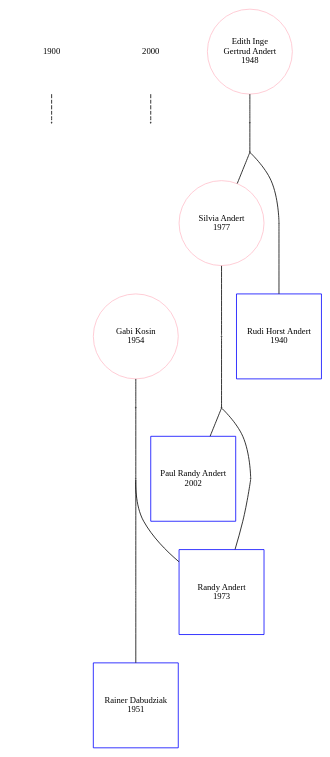
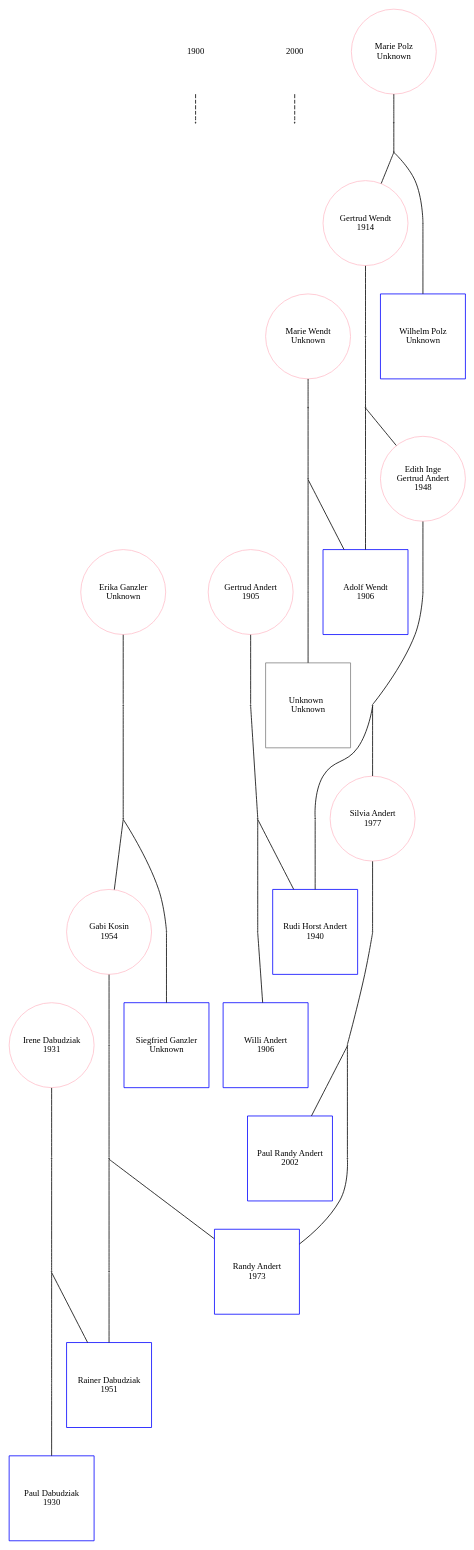
Before and after one commit to PaulAndert/Person: the diagram in person/data.dot, drawn with Graphviz. The commit also changed 7 other files, not shown here.

Commit message:
addet db shema, seperated the graph code in own file and implemented unknown persons in graph

```diff
--- a/person/data.dot
+++ b/person/data.dot
@@ -1,54 +1,139 @@
 digraph P {
     edge [dir=forward, arrowhead=none];
     node [fontsize=11, fixedsize=true, height=1.5, width=1.5];
-    y1900 [shape=none, label="1900", pos="-15,0!"];
-    y2000 [shape=none, label="2000", pos="-15,-12.5!"];
-    y0 [shape=circle,label="",height=0.01,width=0.01, pos="15,0!"];
-    y1 [shape=circle,label="",height=0.01,width=0.01, pos="15,-12.5!"];
+    y1900 [shape=none, label="1900", pos="-20,-5!"];
+    y2000 [shape=none, label="2000", pos="-20,-15!"];
+    y0 [shape=circle,label="",height=0.01,width=0.01, pos="20,-5!"];
+    y1 [shape=circle,label="",height=0.01,width=0.01, pos="20,-15!"];
     y1900 -> y0 [style=dashed] ; y2000 -> y1 [style=dashed]
 
-x0y_12_75 [shape=square, color="blue",label="Paul Randy Andert
-2002", pos="0,-12.75!"];
+x0y_15_1520 [shape=square, color="blue",label="Paul Randy Andert
+2002", pos="0,-15.2!"];
 
-x_2y_9_62 [shape=circle, color="pink",label="Silvia Andert
-1977", pos="-2,-9.625!"];
+x_8y_12_1270 [shape=circle, color="pink",label="Silvia Andert
+1977", pos="-8,-12.7!"];
 
-x2y_9_12 [shape=square, color="blue",label="Randy Andert
-1973", pos="2,-9.125!"];
-x_2y_11_18 [shape=circle,label="",height=0.01,width=0.01, pos="-2,-11.1875!"];
-x0y_11_18 [shape=circle,label="",height=0.01,width=0.01, pos="0,-11.1875!"];
-x2y_11_18 [shape=circle,label="",height=0.01,width=0.01, pos="2,-11.1875!"];
+x8y_12_1230 [shape=square, color="blue",label="Randy Andert
+1973", pos="8,-12.3!"];
+x_8y_13_1395 [shape=circle,label="",height=0.01,width=0.01, pos="-8,-13.95!"];
+x0y_13_1395 [shape=circle,label="",height=0.01,width=0.01, pos="0,-13.95!"];
+x8y_13_1395 [shape=circle,label="",height=0.01,width=0.01, pos="8,-13.95!"];
 
-x_2y_9_62 -> x_2y_11_18 -> x0y_11_18 -> x2y_11_18 -> x2y_9_12 ; x0y_11_18 -> x0y_12_75
-x_2y_9_62 [shape=circle, color="pink",label="Silvia Andert
-1977", pos="-2,-9.625!"];
+x_8y_12_1270 -> x_8y_13_1395 -> x0y_13_1395 -> x8y_13_1395 -> x8y_12_1230 ; x0y_13_1395 -> x0y_15_1520
+x_8y_12_1270 [shape=circle, color="pink",label="Silvia Andert
+1977", pos="-8,-12.7!"];
 
-x_3y_6_0 [shape=circle, color="pink",label="Edith Inge
+x_12y_9_980 [shape=circle, color="pink",label="Edith Inge
 Gertrud Andert 
-1948", pos="-3,-6!"];
+1948", pos="-12,-9.8!"];
 
-x_1y_5_0 [shape=square, color="blue",label="Rudi Horst Andert
-1940", pos="-1,-5!"];
-x_3y_7_81 [shape=circle,label="",height=0.01,width=0.01, pos="-3,-7.8125!"];
-x_2y_7_81 [shape=circle,label="",height=0.01,width=0.01, pos="-2,-7.8125!"];
-x_1y_7_81 [shape=circle,label="",height=0.01,width=0.01, pos="-1,-7.8125!"];
+x_4y_9_900 [shape=square, color="blue",label="Rudi Horst Andert
+1940", pos="-4,-9!"];
+x_12y_11_1125 [shape=circle,label="",height=0.01,width=0.01, pos="-12,-11.25!"];
+x_8y_11_1125 [shape=circle,label="",height=0.01,width=0.01, pos="-8,-11.25!"];
+x_4y_11_1125 [shape=circle,label="",height=0.01,width=0.01, pos="-4,-11.25!"];
 
-x_3y_6_0 -> x_3y_7_81 -> x_2y_7_81 -> x_1y_7_81 -> x_1y_5_0 ; x_2y_7_81 -> x_2y_9_62
+x_12y_9_980 -> x_12y_11_1125 -> x_8y_11_1125 -> x_4y_11_1125 -> x_4y_9_900 ; x_8y_11_1125 -> x_8y_12_1270
+x_12y_9_980 [shape=circle, color="pink",label="Edith Inge
+Gertrud Andert 
+1948", pos="-12,-9.8!"];
+
+x_14y_6_639 [shape=circle, color="pink",label="Gertrud Wendt
+1914", pos="-14,-6.3999996!"];
+
+x_10y_5_560 [shape=square, color="blue",label="Adolf Wendt
+1906", pos="-10,-5.6!"];
+x_14y_8_810 [shape=circle,label="",height=0.01,width=0.01, pos="-14,-8.1!"];
+x_12y_8_810 [shape=circle,label="",height=0.01,width=0.01, pos="-12,-8.1!"];
+x_10y_8_810 [shape=circle,label="",height=0.01,width=0.01, pos="-10,-8.1!"];
+
+x_14y_6_639 -> x_14y_8_810 -> x_12y_8_810 -> x_10y_8_810 -> x_10y_5_560 ; x_12y_8_810 -> x_12y_9_980
+x_14y_6_639 [shape=circle, color="pink",label="Gertrud Wendt
+1914", pos="-14,-6.3999996!"];
+
+x_15y_3_340 [shape=circle, color="pink",label="Marie Polz
+Unknown", pos="-15,-3.4!"];
+
+x_13y_3_340 [shape=square, color="blue",label="Wilhelm Polz
+Unknown", pos="-13,-3.4!"];
+x_15y_4_489 [shape=circle,label="",height=0.01,width=0.01, pos="-15,-4.8999996!"];
+x_14y_4_489 [shape=circle,label="",height=0.01,width=0.01, pos="-14,-4.8999996!"];
+x_13y_4_489 [shape=circle,label="",height=0.01,width=0.01, pos="-13,-4.8999996!"];
+
+x_15y_3_340 -> x_15y_4_489 -> x_14y_4_489 -> x_13y_4_489 -> x_13y_3_340 ; x_14y_4_489 -> x_14y_6_639
 
 
-x2y_9_12 [shape=square, color="blue",label="Randy Andert
-1973", pos="2,-9.125!"];
+x_10y_5_560 [shape=square, color="blue",label="Adolf Wendt
+1906", pos="-10,-5.6!"];
 
-x1y_6_75 [shape=circle, color="pink",label="Gabi Kosin
-1954", pos="1,-6.75!"];
+x_11y_2_260 [shape=circle, color="pink",label="Marie Wendt
+Unknown", pos="-11,-2.6!"];
 
-x3y_6_37 [shape=square, color="blue",label="Rainer Dabudziak
-1951", pos="3,-6.375!"];
-x1y_7_93 [shape=circle,label="",height=0.01,width=0.01, pos="1,-7.9375!"];
-x2y_7_93 [shape=circle,label="",height=0.01,width=0.01, pos="2,-7.9375!"];
-x3y_7_93 [shape=circle,label="",height=0.01,width=0.01, pos="3,-7.9375!"];
+x_9y_2_260 [shape=square, color="grey",label="Unknown  
+Unknown", pos="-9,-2.6!"];
+x_11y_4_410 [shape=circle,label="",height=0.01,width=0.01, pos="-11,-4.1!"];
+x_10y_4_410 [shape=circle,label="",height=0.01,width=0.01, pos="-10,-4.1!"];
+x_9y_4_410 [shape=circle,label="",height=0.01,width=0.01, pos="-9,-4.1!"];
 
-x1y_6_75 -> x1y_7_93 -> x2y_7_93 -> x3y_7_93 -> x3y_6_37 ; x2y_7_93 -> x2y_9_12
+x_11y_2_260 -> x_11y_4_410 -> x_10y_4_410 -> x_9y_4_410 -> x_9y_2_260 ; x_10y_4_410 -> x_10y_5_560
+
+
+x_4y_9_900 [shape=square, color="blue",label="Rudi Horst Andert
+1940", pos="-4,-9!"];
+
+x_6y_5_550 [shape=circle, color="pink",label="Gertrud Andert
+1905", pos="-6,-5.5!"];
+
+x_2y_5_560 [shape=square, color="blue",label="Willi Andert
+1906", pos="-2,-5.6!"];
+x_6y_7_730 [shape=circle,label="",height=0.01,width=0.01, pos="-6,-7.3!"];
+x_4y_7_730 [shape=circle,label="",height=0.01,width=0.01, pos="-4,-7.3!"];
+x_2y_7_730 [shape=circle,label="",height=0.01,width=0.01, pos="-2,-7.3!"];
+
+x_6y_5_550 -> x_6y_7_730 -> x_4y_7_730 -> x_2y_7_730 -> x_2y_5_560 ; x_4y_7_730 -> x_4y_9_900
+
+
+x8y_12_1230 [shape=square, color="blue",label="Randy Andert
+1973", pos="8,-12.3!"];
+
+x4y_10_1040 [shape=circle, color="pink",label="Gabi Kosin
+1954", pos="4,-10.4!"];
+
+x12y_10_1010 [shape=square, color="blue",label="Rainer Dabudziak
+1951", pos="12,-10.1!"];
+x4y_11_1135 [shape=circle,label="",height=0.01,width=0.01, pos="4,-11.35!"];
+x8y_11_1135 [shape=circle,label="",height=0.01,width=0.01, pos="8,-11.35!"];
+x12y_11_1135 [shape=circle,label="",height=0.01,width=0.01, pos="12,-11.35!"];
+
+x4y_10_1040 -> x4y_11_1135 -> x8y_11_1135 -> x12y_11_1135 -> x12y_10_1010 ; x8y_11_1135 -> x8y_12_1230
+x4y_10_1040 [shape=circle, color="pink",label="Gabi Kosin
+1954", pos="4,-10.4!"];
+
+x2y_7_740 [shape=circle, color="pink",label="Erika Ganzler
+Unknown", pos="2,-7.4!"];
+
+x6y_7_740 [shape=square, color="blue",label="Siegfried Ganzler
+Unknown", pos="6,-7.4!"];
+x2y_8_889 [shape=circle,label="",height=0.01,width=0.01, pos="2,-8.9!"];
+x4y_8_889 [shape=circle,label="",height=0.01,width=0.01, pos="4,-8.9!"];
+x6y_8_889 [shape=circle,label="",height=0.01,width=0.01, pos="6,-8.9!"];
+
+x2y_7_740 -> x2y_8_889 -> x4y_8_889 -> x6y_8_889 -> x6y_7_740 ; x4y_8_889 -> x4y_10_1040
+
+
+x12y_10_1010 [shape=square, color="blue",label="Rainer Dabudziak
+1951", pos="12,-10.1!"];
+
+x10y_8_810 [shape=circle, color="pink",label="Irene Dabudziak
+1931", pos="10,-8.1!"];
+
+x14y_8_800 [shape=square, color="blue",label="Paul Dabudziak
+1930", pos="14,-8!"];
+x10y_9_910 [shape=circle,label="",height=0.01,width=0.01, pos="10,-9.1!"];
+x12y_9_910 [shape=circle,label="",height=0.01,width=0.01, pos="12,-9.1!"];
+x14y_9_910 [shape=circle,label="",height=0.01,width=0.01, pos="14,-9.1!"];
+
+x10y_8_810 -> x10y_9_910 -> x12y_9_910 -> x14y_9_910 -> x14y_8_800 ; x12y_9_910 -> x12y_10_1010
 
 
 }
```
